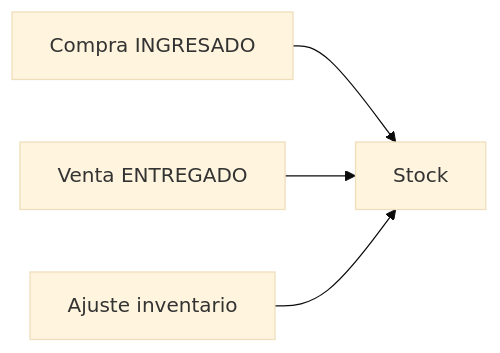
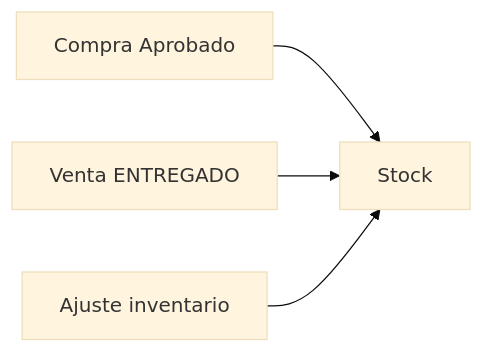
Before and after one commit to Zink-in-Tech/ZiT-ERP_DocsPublica_FE: the diagram in docs/inventario/inventario.md, drawn with Mermaid (base theme). The commit also changed other lines of this file and 18 other files, not shown here.

````diff
--- a/docs/inventario/inventario.md
+++ b/docs/inventario/inventario.md
@@ -48,6 +48,6 @@
 ```mermaid
 flowchart LR
-  Co[Compra INGRESADO] --> St[Stock]
+  Co[Compra Aprobado] --> St[Stock]
   V[Venta ENTREGADO] --> St
   Inv[Ajuste inventario] --> St
 ```
````
